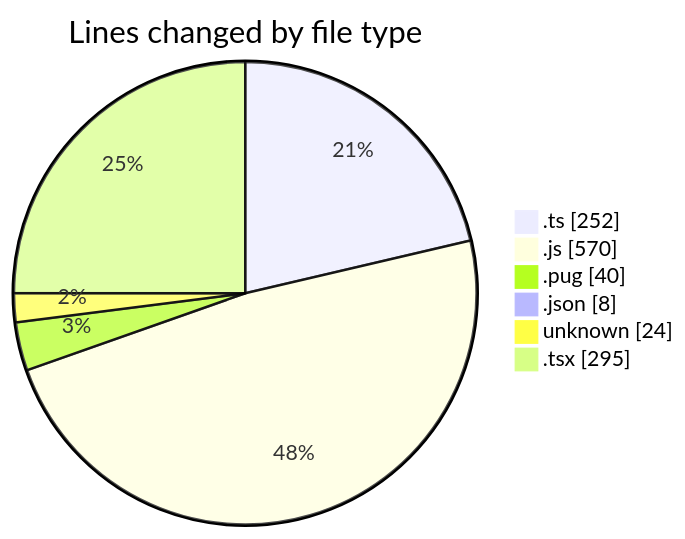
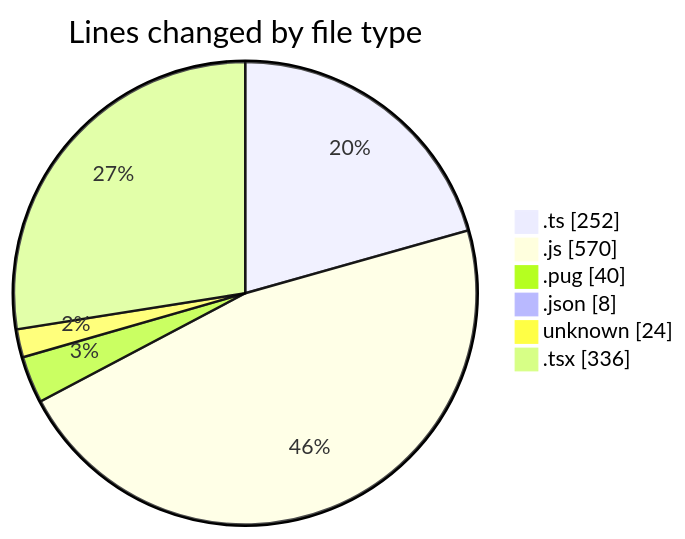
One commit to momahboobian/code-tracking changed the first of 2 diagrams in 2025-02-25/cda/README.md. Above: the diagram before and after it, drawn with Mermaid. The commit also changed other lines of this file and 1 other file, not shown here.

````diff
--- a/2025-02-25/cda/README.md
+++ b/2025-02-25/cda/README.md
@@ -33,10 +34,10 @@
 ```mermaid
 pie showData
 title Lines changed by file type
 ".ts" : 252
 ".js" : 570
 ".pug" : 40
 ".json" : 8
 "unknown" : 24
-".tsx" : 295
+".tsx" : 336
 ```
````
